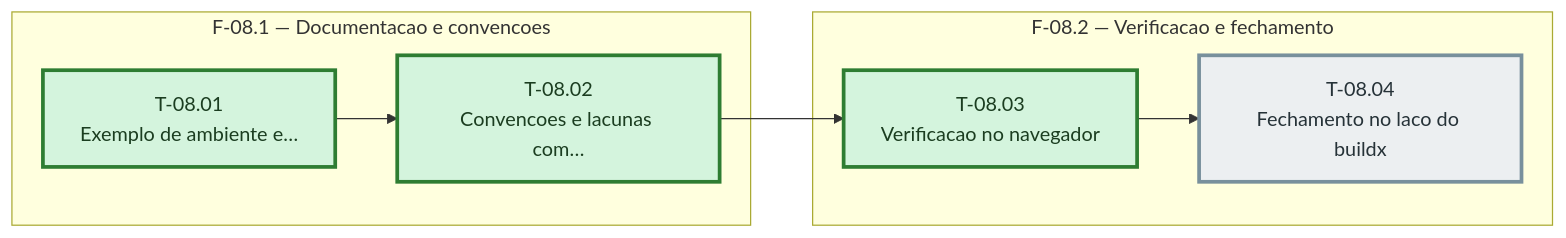
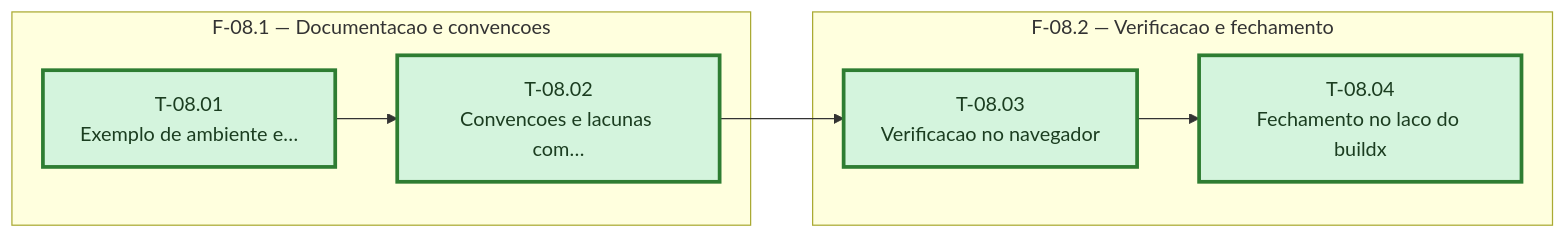
The diagram in docs/operacao-e-backup/sprint-08/fases.md (bittencourtthulio/converse-chatbot), drawn with Mermaid before and after one commit. The commit also changed other lines of this file and 10 other files, not shown here.

````diff
--- a/docs/operacao-e-backup/sprint-08/fases.md
+++ b/docs/operacao-e-backup/sprint-08/fases.md
@@ -31,27 +31,27 @@
 ```mermaid
 %% Grafo de tasks — sprint-08 — gerado pela sprintx a partir de tasks.md
 flowchart LR
   subgraph fase_08_1["F-08.1 — Documentacao e convencoes"]
     T_08_01["T-08.01<br/>Exemplo de ambiente e…"]
     T_08_02["T-08.02<br/>Convencoes e lacunas com…"]
   end
   subgraph fase_08_2["F-08.2 — Verificacao e fechamento"]
     T_08_03["T-08.03<br/>Verificacao no navegador"]
     T_08_04["T-08.04<br/>Fechamento no laco do buildx"]
   end
   T_08_01 --> T_08_02
   T_08_02 --> T_08_03
   T_08_03 --> T_08_04
 
   classDef concluida fill:#d4f4dd,stroke:#2e7d32,color:#1b3d20
   classDef andamento fill:#fff3cd,stroke:#b8860b,color:#4a3800
   classDef bloqueada fill:#f8d7da,stroke:#c62828,color:#4a1d1f
   classDef pendente  fill:#eceff1,stroke:#78909c,color:#263238
   classDef critico   stroke-width:3px
 
   class T_08_01 concluida
   class T_08_02 concluida
   class T_08_03 concluida
-  class T_08_04 pendente
+  class T_08_04 concluida
   class T_08_04,T_08_03,T_08_02,T_08_01 critico
 ```
````
